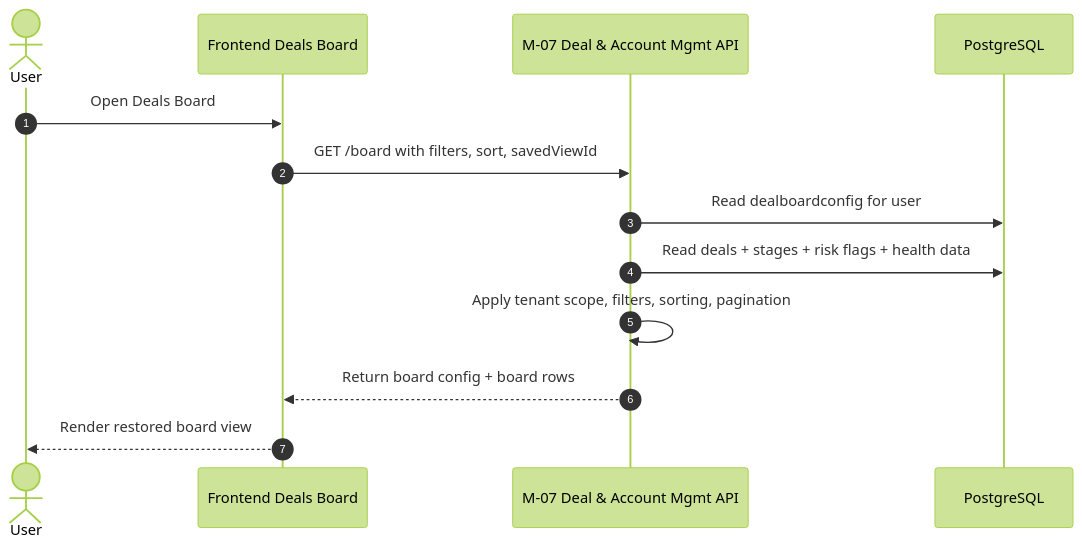
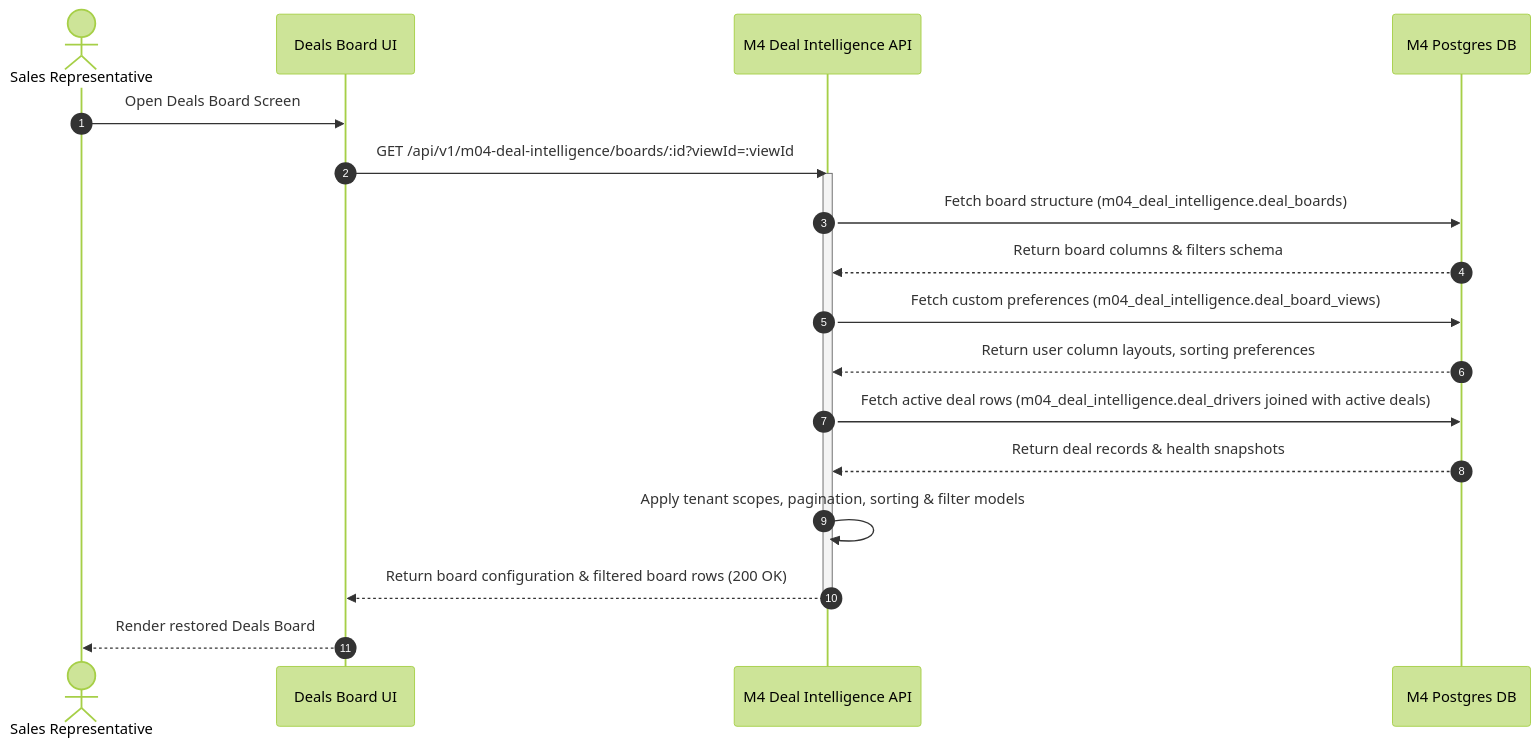
The third of 5 diagrams in Reference documents/M4 Deal Intelligence/Sequence Diagrams for M4.md (PoojaTiwari09/FB-and-RP-Fixes), drawn with Mermaid (forest theme) before and after one commit. The commit also changed other lines of this file and 79 other files, not shown here.

````diff
--- a/Reference documents/M4 Deal Intelligence/Sequence Diagrams for M4.md
+++ b/Reference documents/M4 Deal Intelligence/Sequence Diagrams for M4.md
@@ -197,16 +99,26 @@
 ```mermaid
 sequenceDiagram
     autonumber
-    actor U as User
-    participant UI as Frontend Deals Board
-    participant M07 as M-07 Deal & Account Mgmt API
-    participant DB as PostgreSQL
+    actor User as Sales Representative
+    participant UI as Deals Board UI
+    participant M4 as M4 Deal Intelligence API
+    participant M4_DB as M4 Postgres DB
 
-    U->>UI: Open Deals Board
-    UI->>M07: GET /board with filters, sort, savedViewId
-    M07->>DB: Read dealboardconfig for user
-    M07->>DB: Read deals + stages + risk flags + health data
-    M07->>M07: Apply tenant scope, filters, sorting, pagination
-    M07-->>UI: Return board config + board rows
-    UI-->>U: Render restored board view
+    User->>UI: Open Deals Board Screen
+    UI->>M4: GET /api/v1/m04-deal-intelligence/boards/:id?viewId=:viewId
+    activate M4
+    
+    M4->>M4_DB: Fetch board structure (m04_deal_intelligence.deal_boards)
+    M4_DB-->>M4: Return board columns & filters schema
+    
+    M4->>M4_DB: Fetch custom preferences (m04_deal_intelligence.deal_board_views)
+    M4_DB-->>M4: Return user column layouts, sorting preferences
+    
+    M4->>M4_DB: Fetch active deal rows (m04_deal_intelligence.deal_drivers joined with active deals)
+    M4_DB-->>M4: Return deal records & health snapshots
+    
+    M4->>M4: Apply tenant scopes, pagination, sorting & filter models
+    M4-->>UI: Return board configuration & filtered board rows (200 OK)
+    deactivate M4
+    UI-->>User: Render restored Deals Board
 ```
````
